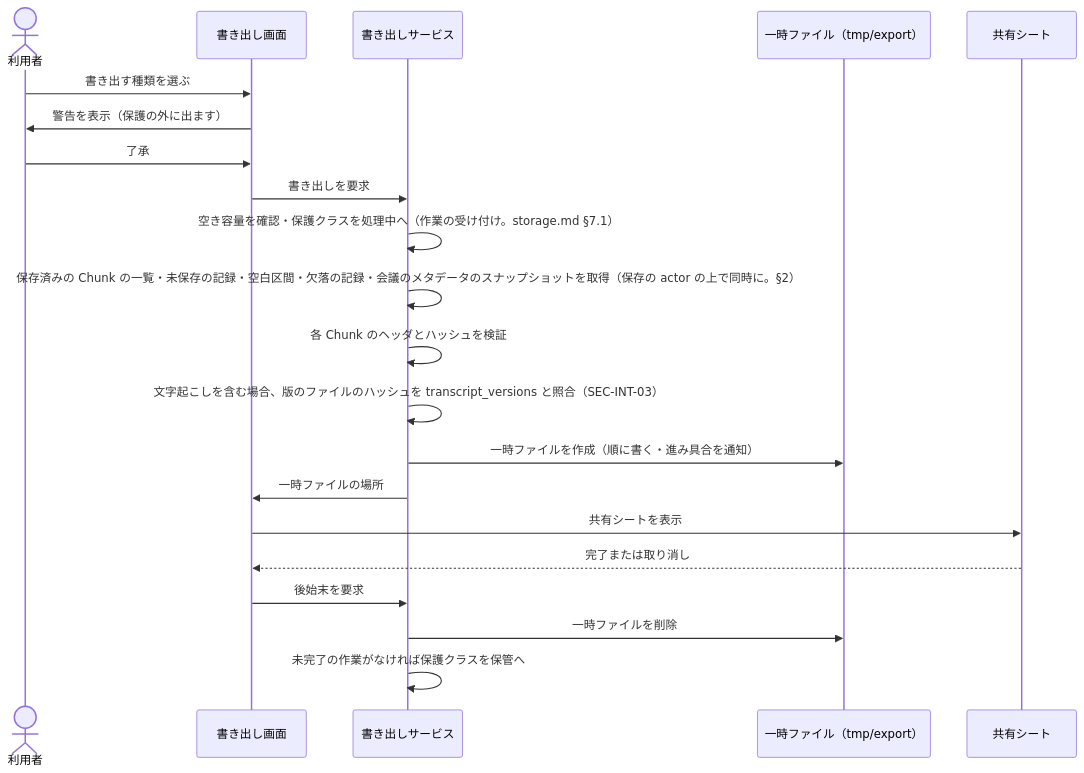
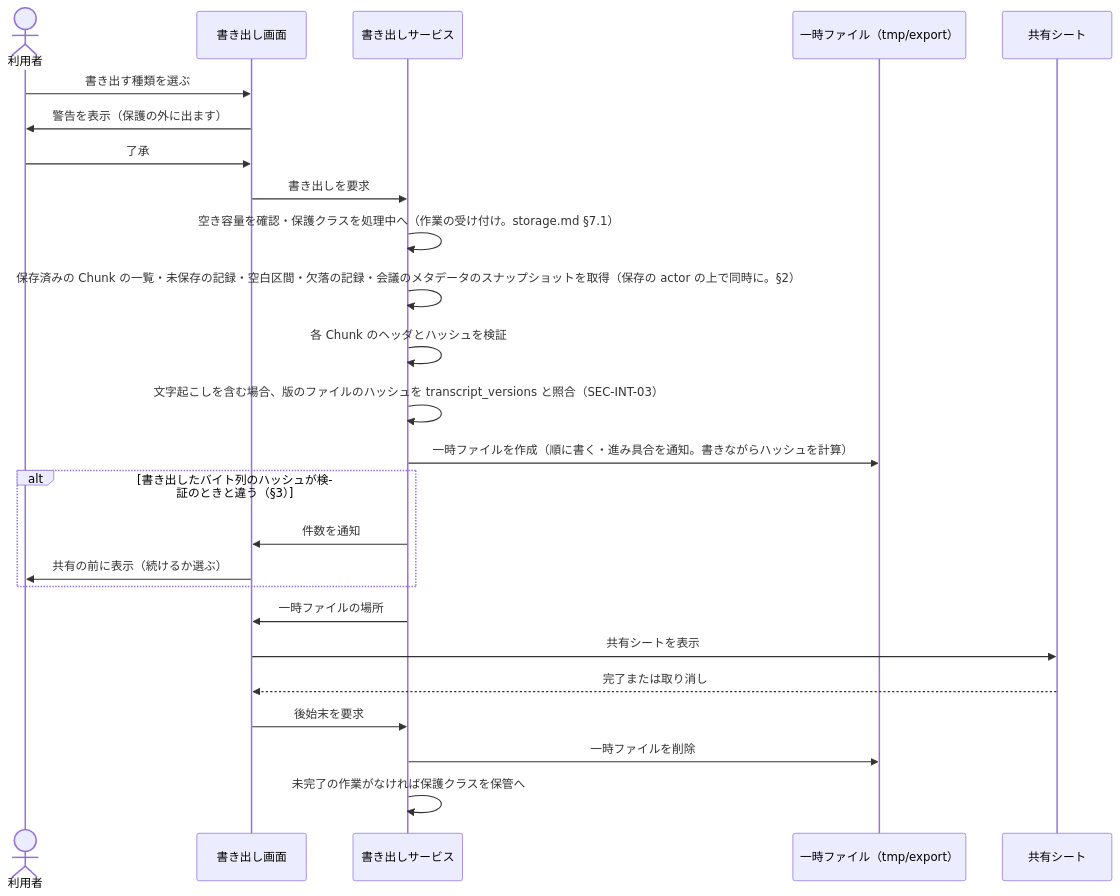
Before and after one commit to myoshi2891/Minutes-Mobile: the diagram in docs/02-basic-design/export.md, drawn with Mermaid. The commit also changed other lines of this file and 2 other files, not shown here.

Commit message:
docs(design): 書き出しバイト列ハッシュ共有前照合およびジョブ回収世代照合仕様を反映

````diff
--- a/docs/02-basic-design/export.md
+++ b/docs/02-basic-design/export.md
@@ -63,23 +63,27 @@
 ```mermaid
 sequenceDiagram
     actor U as 利用者
     participant V as 書き出し画面
     participant E as 書き出しサービス
     participant T as 一時ファイル（tmp/export）
     participant S as 共有シート
     U->>V: 書き出す種類を選ぶ
     V->>U: 警告を表示（保護の外に出ます）
     U->>V: 了承
     V->>E: 書き出しを要求
     E->>E: 空き容量を確認・保護クラスを処理中へ（作業の受け付け。storage.md §7.1）
     E->>E: 保存済みの Chunk の一覧・未保存の記録・空白区間・欠落の記録・会議のメタデータのスナップショットを取得（保存の actor の上で同時に。§2）
     E->>E: 各 Chunk のヘッダとハッシュを検証
     E->>E: 文字起こしを含む場合、版のファイルのハッシュを transcript_versions と照合（SEC-INT-03）
-    E->>T: 一時ファイルを作成（順に書く・進み具合を通知）
+    E->>T: 一時ファイルを作成（順に書く・進み具合を通知。書きながらハッシュを計算）
+    alt 書き出したバイト列のハッシュが検証のときと違う（§3）
+        E->>V: 件数を通知
+        V->>U: 共有の前に表示（続けるか選ぶ）
+    end
     E->>V: 一時ファイルの場所
     V->>S: 共有シートを表示
     S-->>V: 完了または取り消し
     V->>E: 後始末を要求
     E->>T: 一時ファイルを削除
     E->>E: 未完了の作業がなければ保護クラスを保管へ
 ```
````
